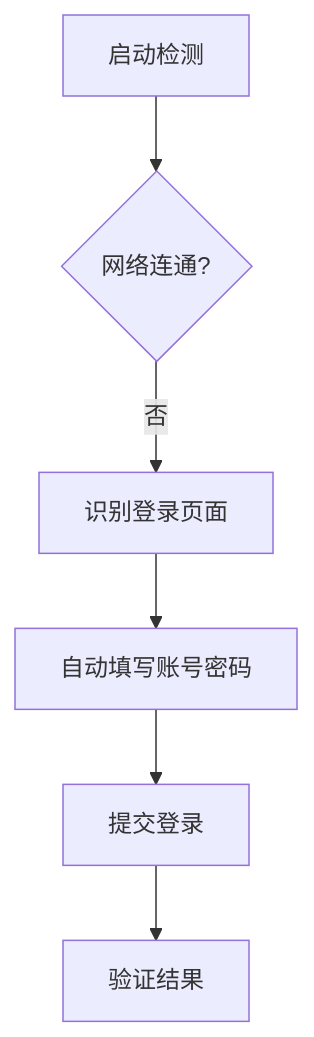
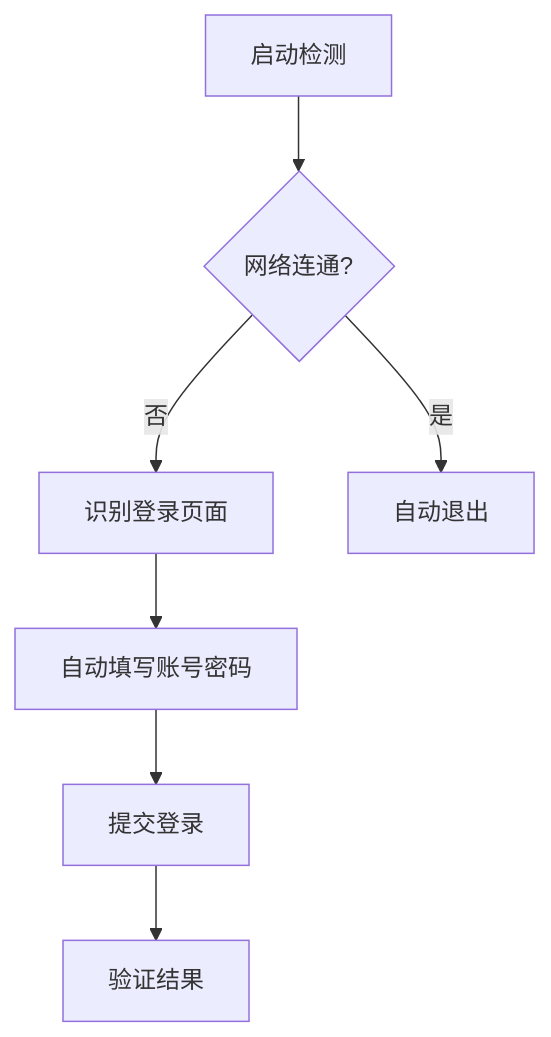
Before and after one commit to PioneerZHA/AutoCampusNetworkLogin: the diagram in README.md, drawn with Mermaid. The commit also changed other lines of this file, not shown here.

````diff
--- a/README.md
+++ b/README.md
@@ -92,8 +91,9 @@
 ```mermaid
 graph TD
     A[启动检测] --> B{网络连通?}
     B -->|否| C[识别登录页面]
+    B -->|是| G[自动退出]
     C --> D[自动填写账号密码]
     D --> E[提交登录]
     E --> F[验证结果]
 ```
````
